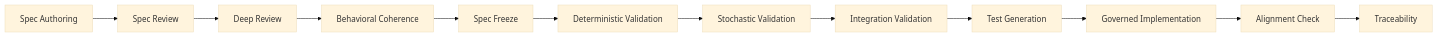
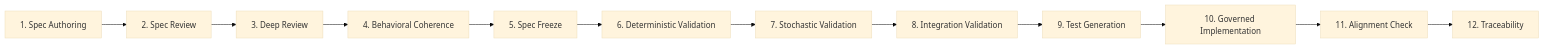
The second of 2 diagrams in whitepaper.md (robenglander/lumiscape-book), drawn with Mermaid (base theme) before and after one commit. The commit also changed other lines of this file and 1 other file, not shown here.

Commit message:
Update whitepaper and ACM Queue article to 12-mode pipeline
Renumber all mode references from the old 9-mode scheme (with 2b/2c/8b
sub-labels) to honest 12-mode numbering. ACM article rewritten to cover
all 12 modes: adds behavioral coherence, integration validation, and the
test-gen/execution split that were previously collapsed or omitted.

````diff
--- a/whitepaper.md
+++ b/whitepaper.md
@@ -300,14 +300,14 @@
 ```mermaid
 graph LR
-    M1["Spec Authoring"] --> M2["Spec Review"]
-    M2 --> M2b["Deep Review"]
-    M2b --> M2c["Behavioral Coherence"]
-    M2c --> M3["Spec Freeze"]
-    M3 --> M4["Deterministic Validation"]
-    M4 --> M5["Stochastic Validation"]
-    M5 --> M6["Integration Validation"]
-    M6 --> M7["Test Generation"]
-    M7 --> M8["Governed Implementation"]
-    M8 --> M8b["Alignment Check"]
-    M8b --> M9["Traceability"]
+    M1["1. Spec Authoring"] --> M2["2. Spec Review"]
+    M2 --> M3["3. Deep Review"]
+    M3 --> M4["4. Behavioral Coherence"]
+    M4 --> M5["5. Spec Freeze"]
+    M5 --> M6["6. Deterministic Validation"]
+    M6 --> M7["7. Stochastic Validation"]
+    M7 --> M8["8. Integration Validation"]
+    M8 --> M9["9. Test Generation"]
+    M9 --> M10["10. Governed Implementation"]
+    M10 --> M11["11. Alignment Check"]
+    M11 --> M12["12. Traceability"]
 ```
````
